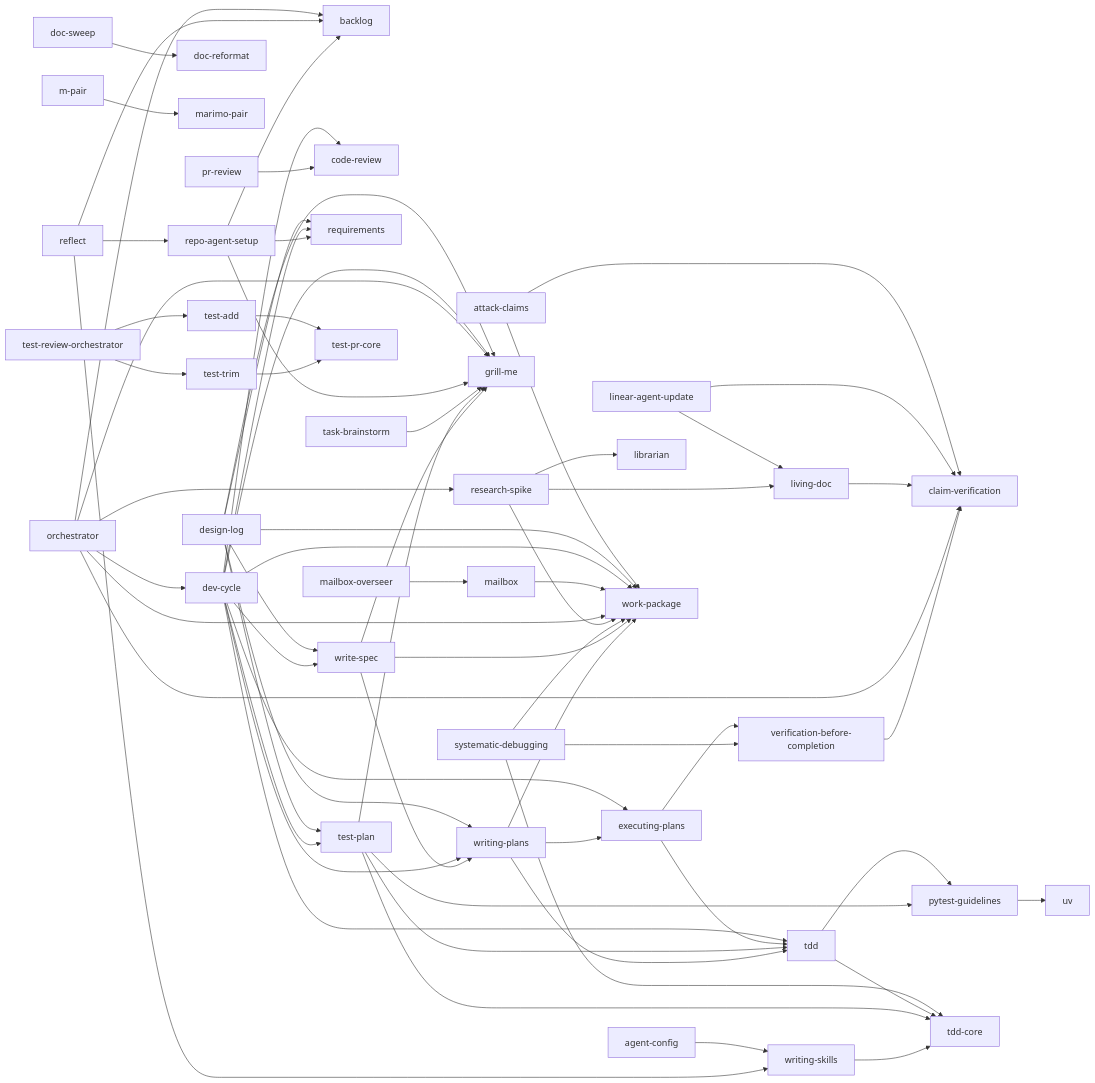
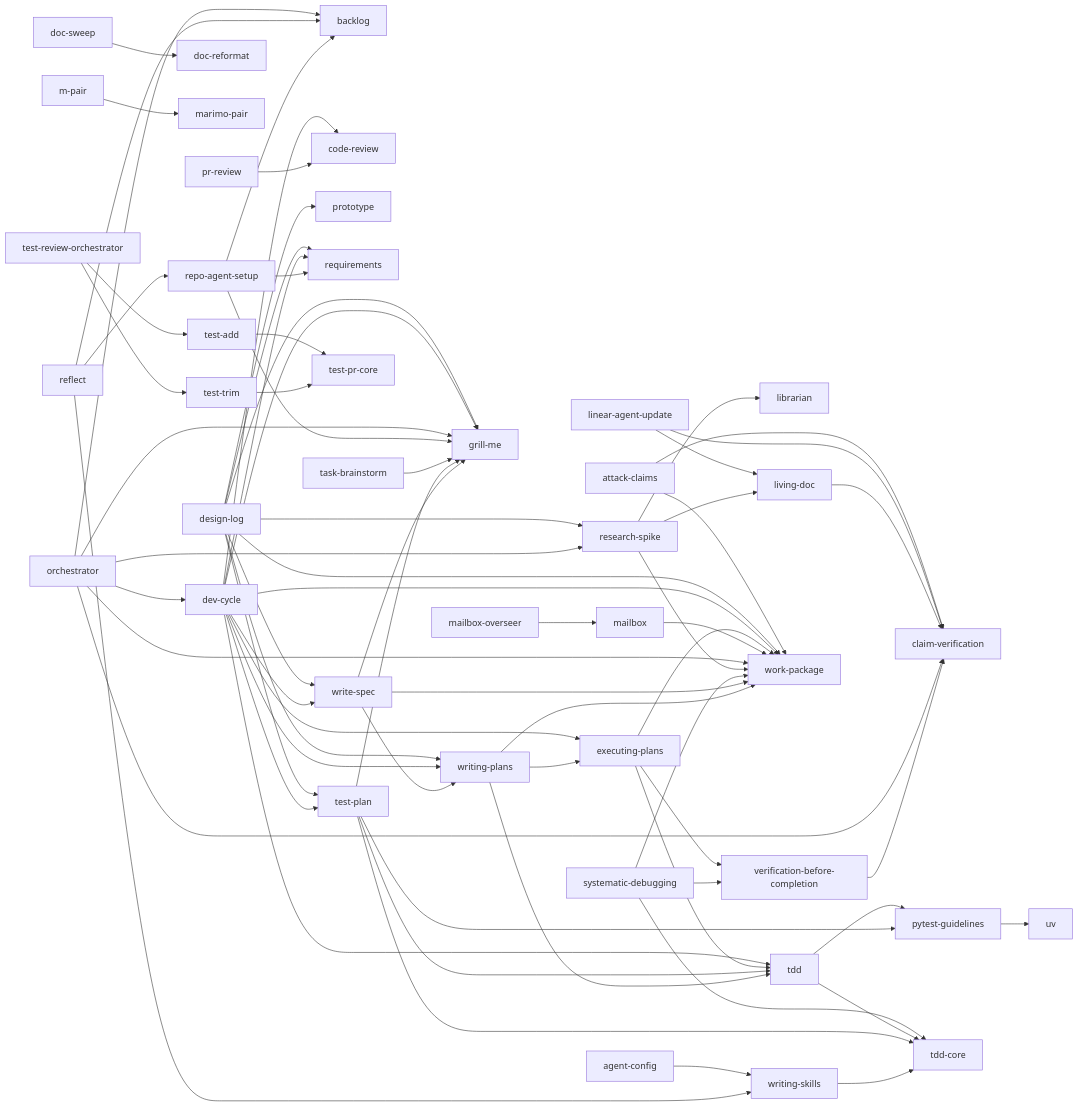
Before and after one commit to Haydeni0/agent-config: the diagram in README.md, drawn with Mermaid.

Commit message:
docs(readme): regenerate skill map with new graph-tool deps

```diff
--- a/README.md
+++ b/README.md
@@ -219,7 +219,7 @@
     %% ponytail_review[ponytail-review]
     %% pr_description[pr-description]
     pr_review[pr-review]
-    %% prototype[prototype]
+    prototype[prototype]
     pytest_guidelines[pytest-guidelines]
     %% python_notebook[python-notebook]
     reflect[reflect]
@@ -256,6 +256,8 @@
     design_log --> writing_plans
     design_log --> work_package
     design_log --> requirements
+    design_log --> research_spike
+    design_log --> prototype
     dev_cycle --> grill_me
     dev_cycle --> test_plan
     dev_cycle --> write_spec
@@ -268,6 +270,7 @@
     doc_sweep --> doc_reformat
     executing_plans --> tdd
     executing_plans --> verification_before_completion
+    executing_plans --> work_package
     linear_agent_update --> living_doc
     linear_agent_update --> claim_verification
     living_doc --> claim_verification
```
